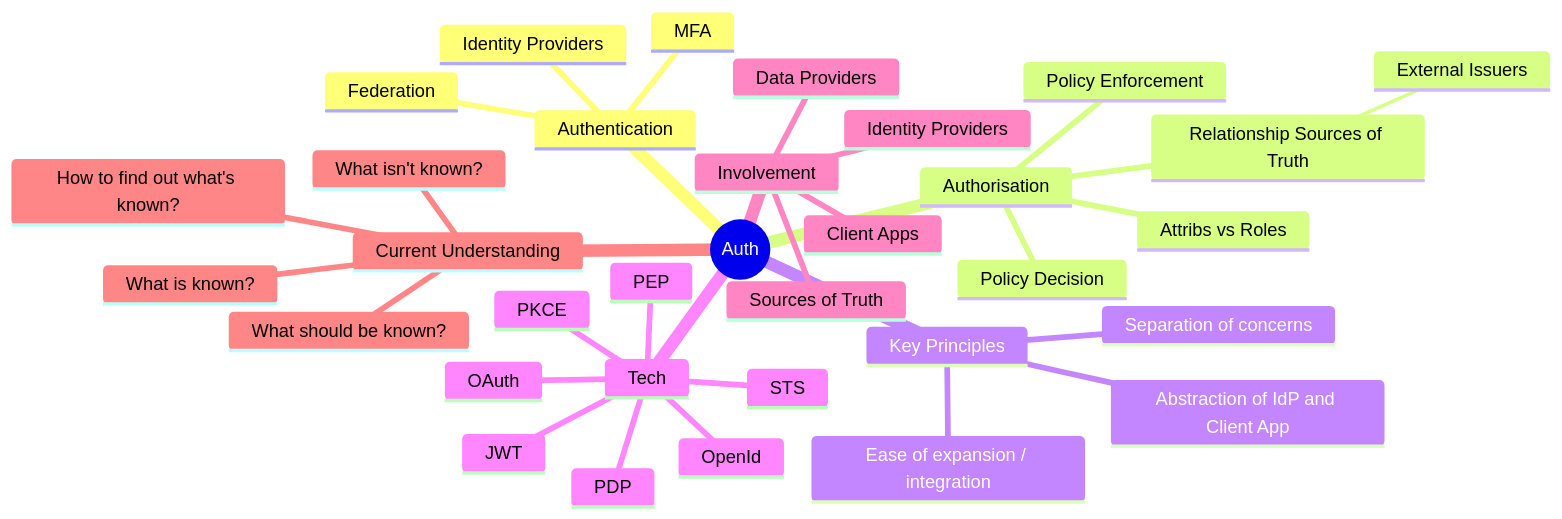
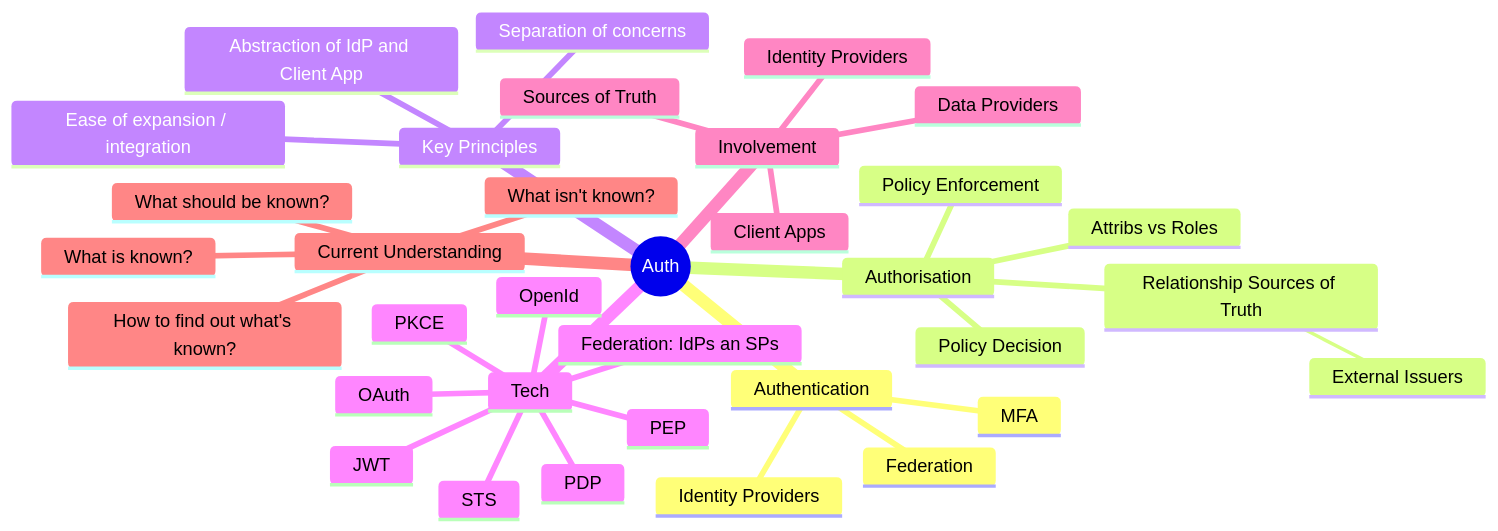
The first of 4 diagrams in docs/auth/auth.md (RossBugginsNHS/architecture-design-docs), drawn with Mermaid before and after one commit. The commit also changed other lines of this file, not shown here.

````diff
--- a/docs/auth/auth.md
+++ b/docs/auth/auth.md
@@ -55,38 +55,39 @@
 ```mermaid
 mindmap
   root((Auth))
     Authentication
       Identity Providers
       Federation
       MFA
     Authorisation
       Policy Decision
       Policy Enforcement
       Attribs vs Roles
       Relationship Sources of Truth
         External Issuers
       
     Key Principles
       Separation of concerns
       Ease of expansion / integration
       Abstraction of IdP and Client App
     Tech
       OAuth
       OpenId
       STS 
       PDP
       PEP
       PKCE
       JWT
+      Federation: IdPs an SPs
     Involvement
       Client Apps
       Data Providers
       Identity Providers
       Sources of Truth
     Current Understanding
       What is known?
       What isn't known?
       What should be known?
       How to find out what's known?
 
 ```
````
